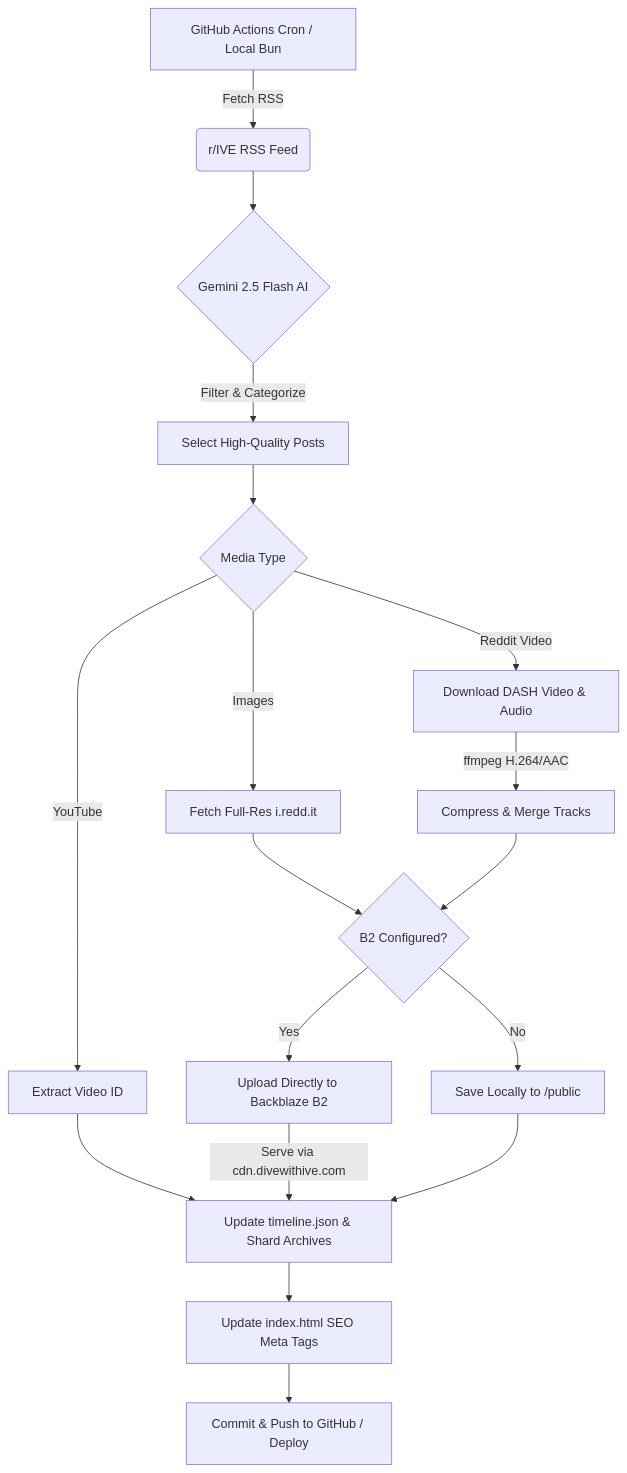
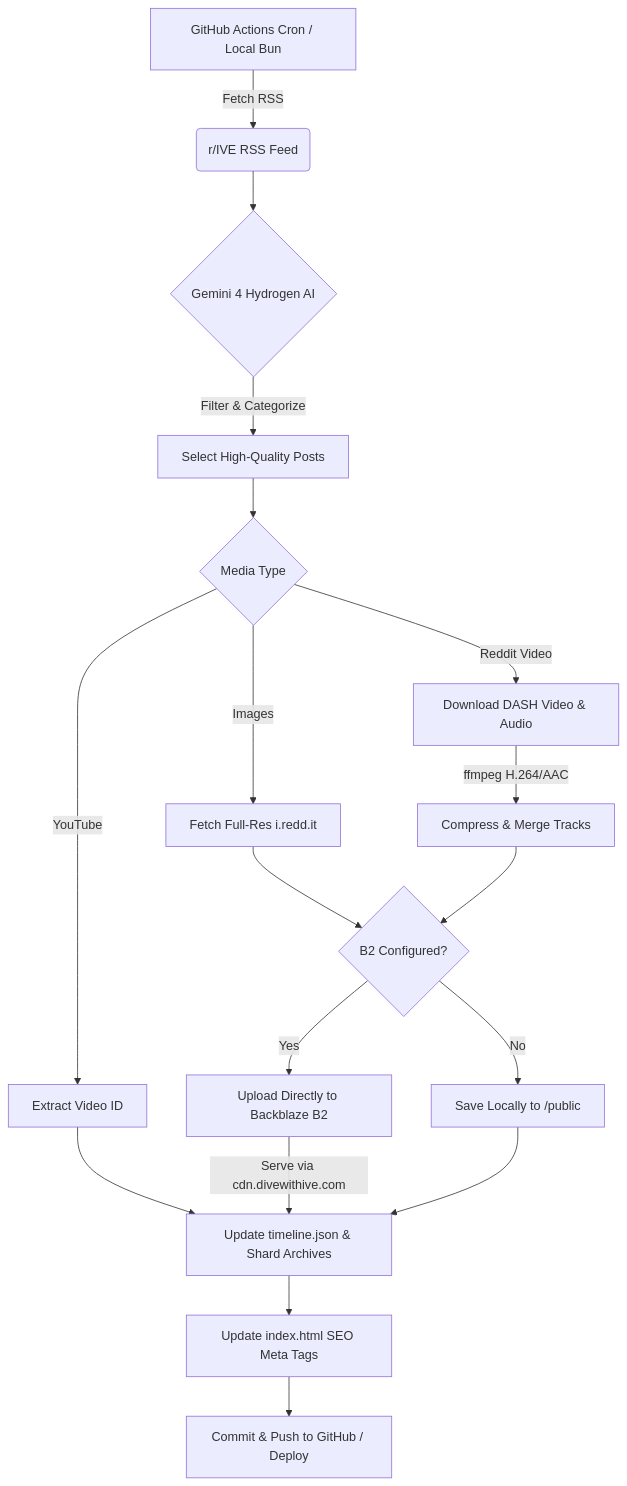
One commit to azshen23/divewithive changed the diagram in README.md. Above: the diagram before and after it, drawn with Mermaid. The commit also changed other lines of this file and 2 other files, not shown here.

Commit message:
Upgrade agent to Gemini 4 Hydrogen and Interactions API

````diff
--- a/README.md
+++ b/README.md
@@ -49,20 +49,20 @@
 ```mermaid
 graph TD
     A[GitHub Actions Cron / Local Bun] -->|Fetch RSS| B(r/IVE RSS Feed)
-    B --> C{Gemini 2.5 Flash AI}
+    B --> C{Gemini 4 Hydrogen AI}
     C -->|Filter & Categorize| D[Select High-Quality Posts]
     D --> E{Media Type}
     E -->|Images| F[Fetch Full-Res i.redd.it]
     E -->|Reddit Video| G[Download DASH Video & Audio]
     G -->|ffmpeg H.264/AAC| H[Compress & Merge Tracks]
     E -->|YouTube| I[Extract Video ID]
     F --> J{B2 Configured?}
     H --> J
     J -->|Yes| K[Upload Directly to Backblaze B2]
     J -->|No| L[Save Locally to /public]
     I --> M[Update timeline.json & Shard Archives]
     K -->|Serve via cdn.divewithive.com| M
     L --> M
     M --> N[Update index.html SEO Meta Tags]
     N --> O[Commit & Push to GitHub / Deploy]
 ```
````
